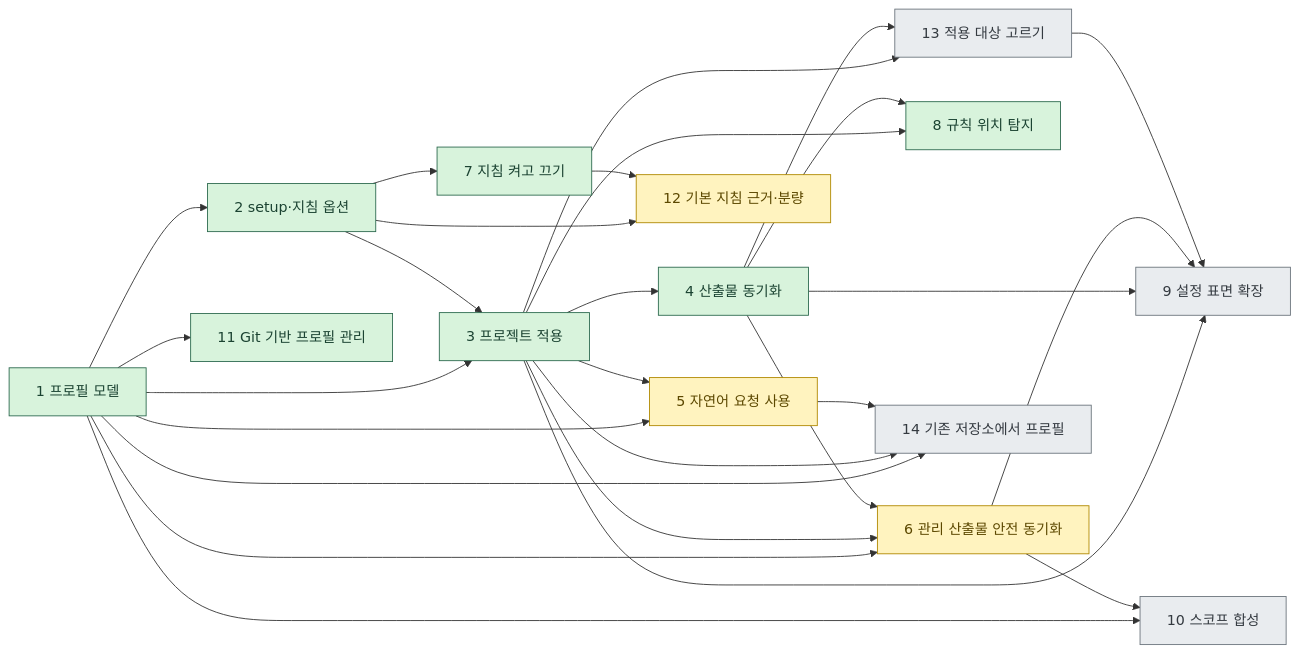
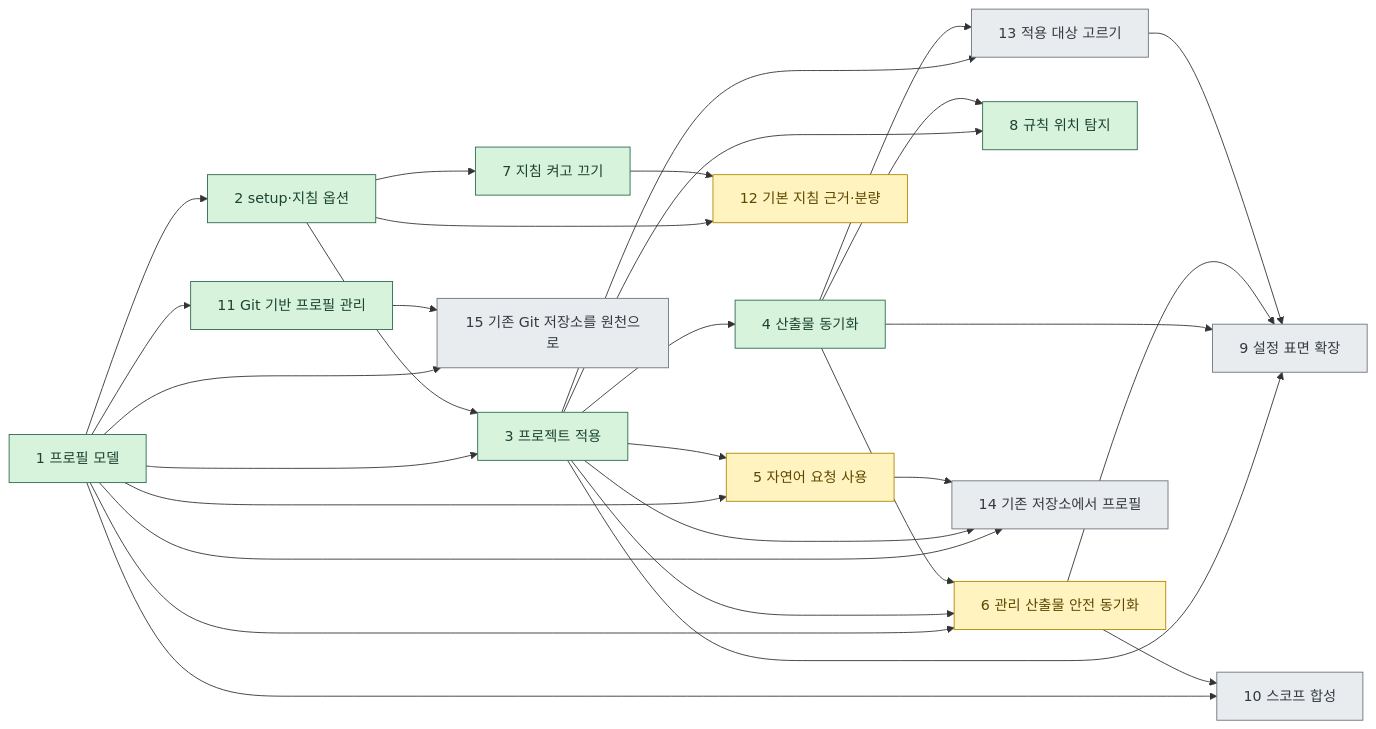
The diagram in docs/discussion/architecture/README.md (IsthisLee/agent-context-manager), drawn with Mermaid before and after one commit. The commit also changed other lines of this file and 4 other files, not shown here.

First line of the commit message:
docs: 기존 Git 저장소를 프로필 원천으로 쓰는 논의를 연다

````diff
--- a/docs/discussion/architecture/README.md
+++ b/docs/discussion/architecture/README.md
@@ -37,37 +38,39 @@
 ```mermaid
 flowchart LR
   S1["1 프로필 모델"] --> S2["2 setup·지침 옵션"]
   S1 --> S3["3 프로젝트 적용"]
   S2 --> S3
   S3 --> S4["4 산출물 동기화"]
   S1 --> S5["5 자연어 요청 사용"]
   S3 --> S5
   S1 --> S6["6 관리 산출물 안전 동기화"]
   S3 --> S6
   S4 --> S6
   S2 --> S7["7 지침 켜고 끄기"]
   S3 --> S8["8 규칙 위치 탐지"]
   S4 --> S8
   S3 --> S9["9 설정 표면 확장"]
   S4 --> S9
   S6 --> S9
   S1 --> S10["10 스코프 합성"]
   S6 --> S10
   S1 --> S11["11 Git 기반 프로필 관리"]
   S2 --> S12["12 기본 지침 근거·분량"]
   S7 --> S12
   S3 --> S13["13 적용 대상 고르기"]
   S4 --> S13
   S13 --> S9
   S1 --> S14["14 기존 저장소에서 프로필"]
   S3 --> S14
   S5 --> S14
+  S1 --> S15["15 기존 Git 저장소를 원천으로"]
+  S11 --> S15
   classDef done fill:#d8f3dc,stroke:#2d6a4f,color:#1b4332
   classDef doing fill:#fff3bf,stroke:#b08900,color:#5c4800
   classDef todo fill:#e9ecef,stroke:#6c757d,color:#343a40
   %% agctx:generated:stage-classes:start
   class S1,S2,S3,S4,S7,S8,S11 done
   class S5,S6,S12 doing
-  class S9,S10,S13,S14 todo
+  class S9,S10,S13,S14,S15 todo
   %% agctx:generated:stage-classes:end
 ```
````
